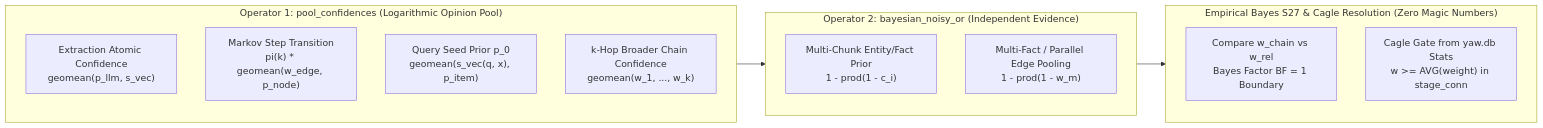
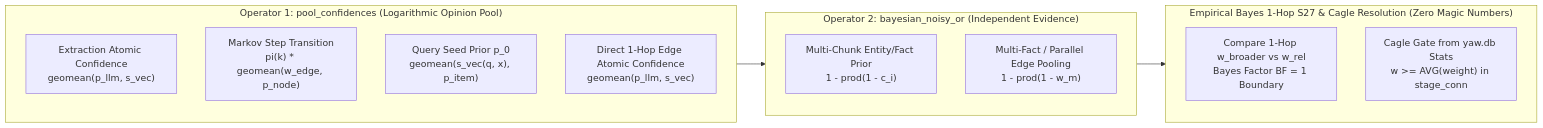
The diagram in docs/epistemic-confidence-spec.md (negatrait/yaw), drawn with Mermaid before and after one commit. The commit also changed other lines of this file and 41 other files, not shown here.

Commit message:
feat(graph): enforce strict JudgeLabels equivalence, 1-hop S27 disjointness, and deterministic SHACL healing (W1-W5)

````diff
--- a/docs/epistemic-confidence-spec.md
+++ b/docs/epistemic-confidence-spec.md
@@ -12,21 +28,21 @@
 ```mermaid
 flowchart LR
     subgraph Op1["Operator 1: pool_confidences (Logarithmic Opinion Pool)"]
         P1["Extraction Atomic Confidence\ngeomean(p_llm, s_vec)"]
         P2["Markov Step Transition\npi(k) * geomean(w_edge, p_node)"]
         P3["Query Seed Prior p_0\ngeomean(s_vec(q, x), p_item)"]
-        P4["k-Hop Broader Chain Confidence\ngeomean(w_1, ..., w_k)"]
+        P4["Direct 1-Hop Edge Atomic Confidence\ngeomean(p_llm, s_vec)"]
     end
 
     subgraph Op2["Operator 2: bayesian_noisy_or (Independent Evidence)"]
         N1["Multi-Chunk Entity/Fact Prior\n1 - prod(1 - c_i)"]
         N2["Multi-Fact / Parallel Edge Pooling\n1 - prod(1 - w_m)"]
     end
 
-    subgraph S27["Empirical Bayes S27 & Cagle Resolution (Zero Magic Numbers)"]
-        B1["Compare w_chain vs w_rel\nBayes Factor BF = 1 Boundary"]
+    subgraph S27["Empirical Bayes 1-Hop S27 & Cagle Resolution (Zero Magic Numbers)"]
+        B1["Compare 1-Hop w_broader vs w_rel\nBayes Factor BF = 1 Boundary"]
         B2["Cagle Gate from yaw.db Stats\nw >= AVG(weight) in stage_conn"]
     end
 
     Op1 --> Op2 --> S27
 ```
````
